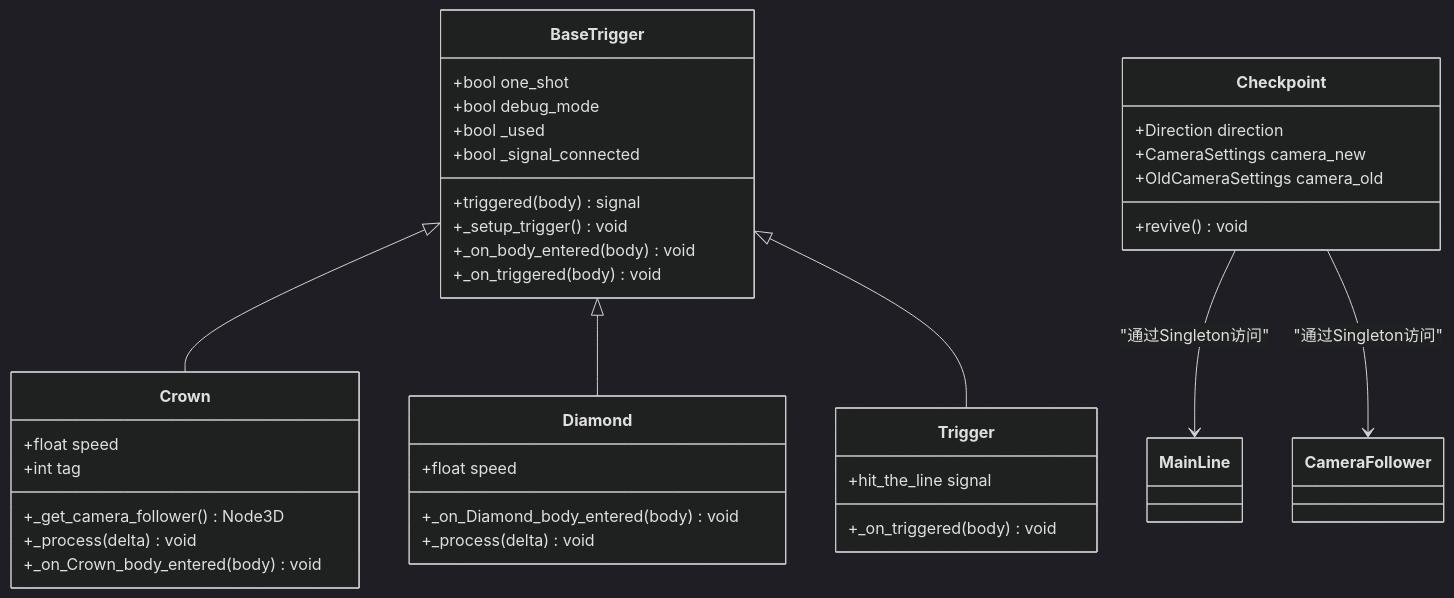
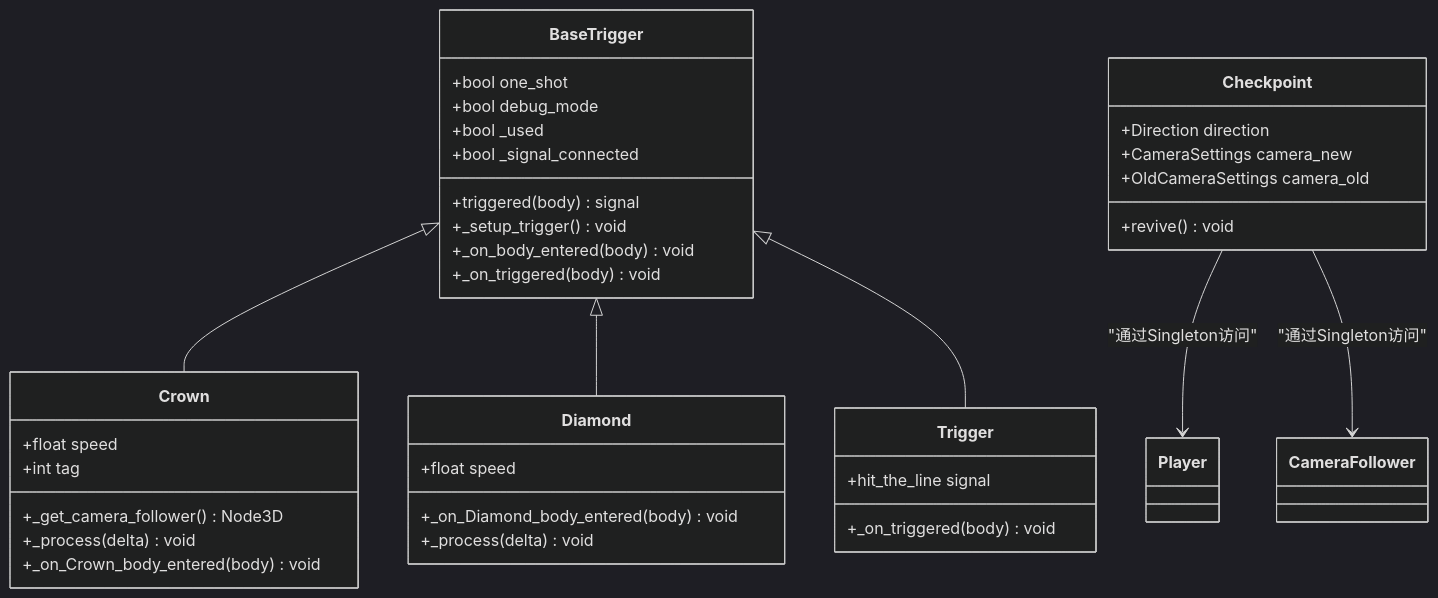
Before and after one commit to godotline/godot-line: the sixth of 13 diagrams in .qoder/repowiki/zh/content/Mainline Script.md, drawn with Mermaid (dark theme). The commit also changed other lines of this file and 18 other files, not shown here.

````diff
--- a/.qoder/repowiki/zh/content/Mainline Script.md
+++ b/.qoder/repowiki/zh/content/Mainline Script.md
@@ -282,40 +283,40 @@
 ```mermaid
 classDiagram
 class BaseTrigger {
 +bool one_shot
 +bool debug_mode
 +bool _used
 +bool _signal_connected
 +triggered(body) signal
 +_setup_trigger() void
 +_on_body_entered(body) void
 +_on_triggered(body) void
 }
 class Crown {
 +float speed
 +int tag
 +_get_camera_follower() Node3D
 +_process(delta) void
 +_on_Crown_body_entered(body) void
 }
 class Diamond {
 +float speed
 +_on_Diamond_body_entered(body) void
 +_process(delta) void
 }
 class Trigger {
 +hit_the_line signal
 +_on_triggered(body) void
 }
 class Checkpoint {
 +Direction direction
 +CameraSettings camera_new
 +OldCameraSettings camera_old
 +revive() void
 }
 BaseTrigger <|-- Crown
 BaseTrigger <|-- Diamond
 BaseTrigger <|-- Trigger
-Checkpoint --> MainLine : "通过Singleton访问"
+Checkpoint --> Player : "通过Singleton访问"
 Checkpoint --> CameraFollower : "通过Singleton访问"
 ```
````
